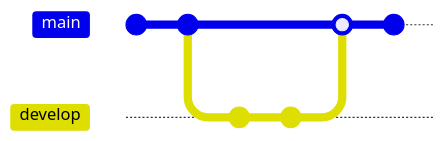
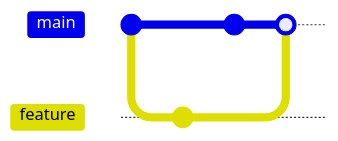
Before and after one commit to jinghaihan/vue-stream-markdown: the ninth of 10 diagrams in playground/nuxt/app/markdown/mermaid.md, drawn with Mermaid. The commit also changed other lines of this file and 1 other file, not shown here. Commit ids are hidden.

Commit message:
docs(playground): refresh landing page and mermaid examples

````diff
--- a/playground/nuxt/app/markdown/mermaid.md
+++ b/playground/nuxt/app/markdown/mermaid.md
@@ -169,12 +160,10 @@
 ```mermaid
 gitGraph
-    commit
-    commit
-    branch develop
-    checkout develop
-    commit
-    commit
+    commit id: "init"
+    branch feature
+    checkout feature
+    commit id: "add preview"
     checkout main
-    merge develop
-    commit
+    commit id: "docs"
+    merge feature id: "release"
 ```
````
